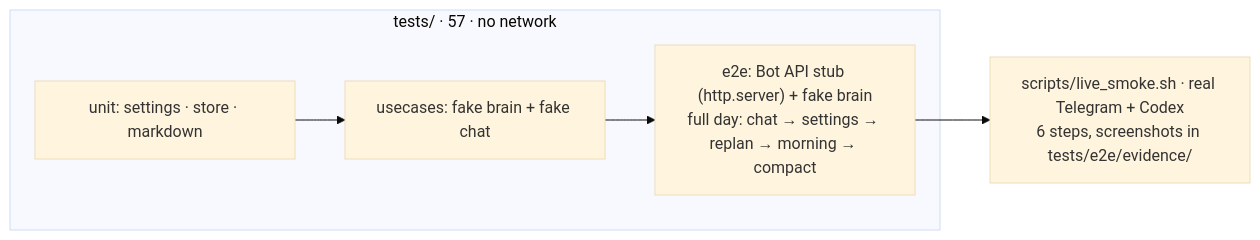
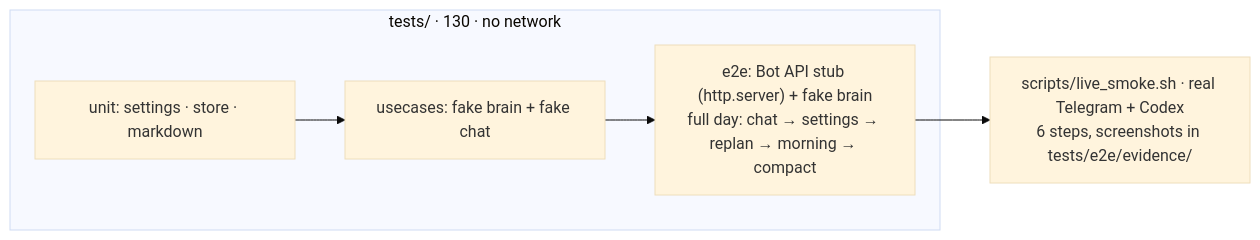
Diagram 17 of 19 in docs/ARCHITECTURE.md (vovka/mentor-bot), drawn with Mermaid (base theme) before and after one commit. The commit also changed other lines of this file and 8 other files, not shown here.

````diff
--- a/docs/ARCHITECTURE.md
+++ b/docs/ARCHITECTURE.md
@@ -281,8 +408,8 @@
 ```mermaid
 flowchart LR
-  subgraph "tests/ · 57 · no network"
+  subgraph "tests/ · 130 · no network"
     U[unit: settings · store · markdown] --> UC[usecases: fake brain + fake chat]
     UC --> E2E["e2e: Bot API stub (http.server) + fake brain<br/>full day: chat → settings → replan → morning → compact"]
   end
   E2E --> LIVE["scripts/live_smoke.sh · real Telegram + Codex<br/>6 steps, screenshots in tests/e2e/evidence/"]
 ```
````
